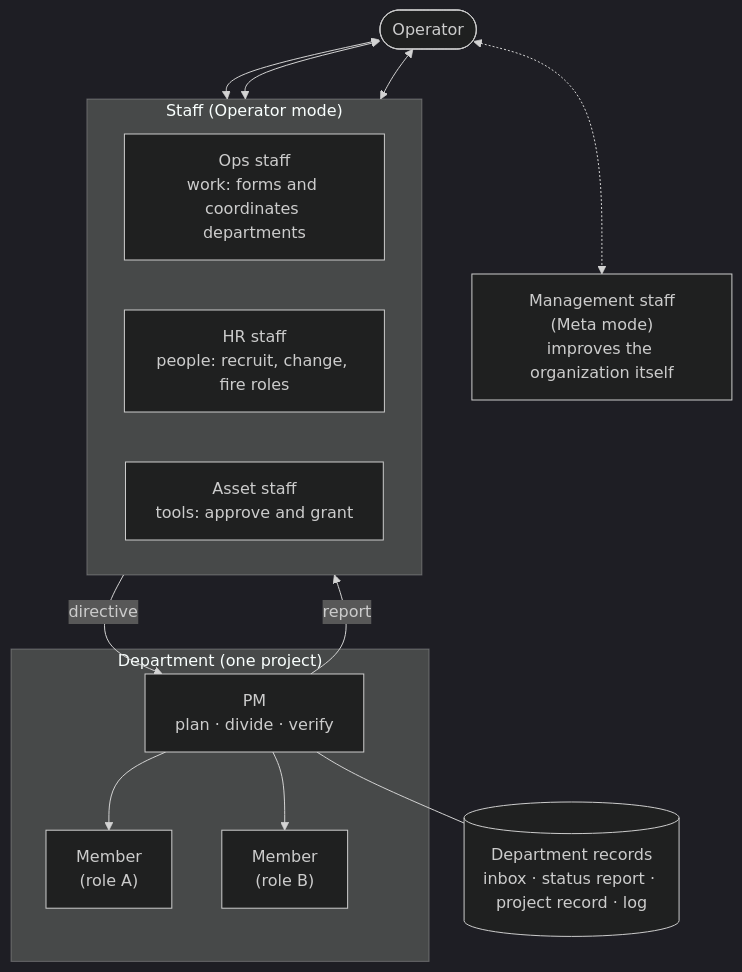
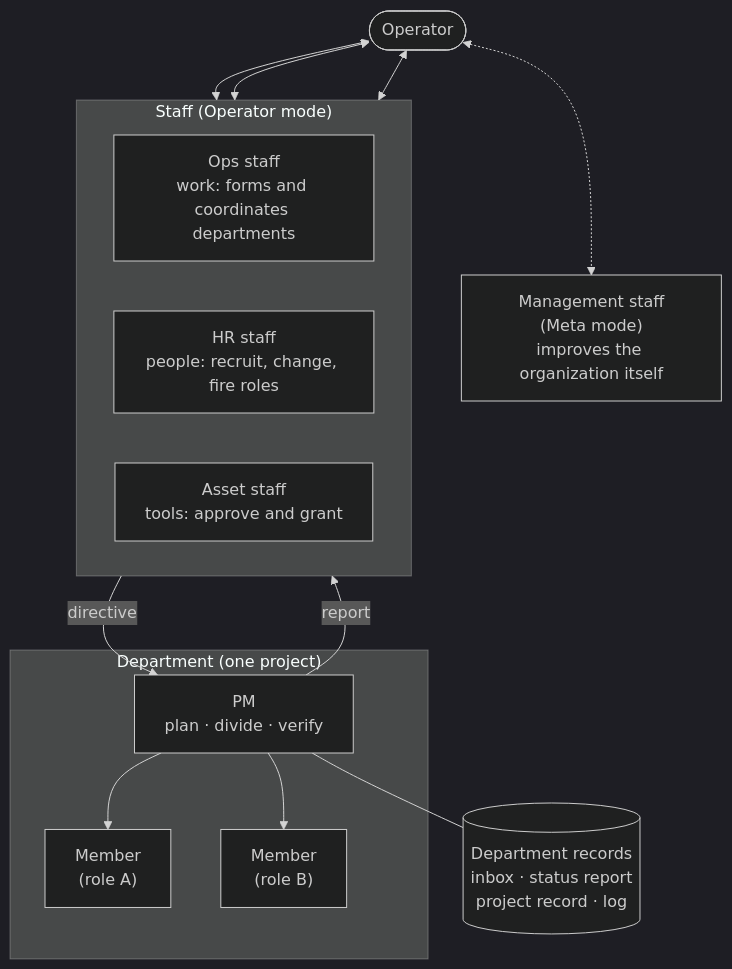
The diagram in docs/en/story/at-a-glance.md (Alex2006-KOR/aise-org-site), drawn with Mermaid (dark theme) before and after one commit. The commit also changed 77 other files, not shown here.

Commit message:
Figure 2-2 label breaks on purpose, figure 4-7 note follows the starter catalog; gate on the integrated tree

````diff
--- a/docs/en/story/at-a-glance.md
+++ b/docs/en/story/at-a-glance.md
@@ -118,26 +118,26 @@
 ```mermaid
 flowchart TB
   OP(["Operator"])
   subgraph STAFF["Staff (Operator mode)"]
     direction LR
     W["Ops staff<br/>work: forms and coordinates departments"]
     H["HR staff<br/>people: recruit, change, fire roles"]
     A["Asset staff<br/>tools: approve and grant"]
   end
   MG["Management staff<br/>(Meta mode)<br/>improves the organization itself"]
   subgraph DEPT["Department (one project)"]
     PM["PM<br/>plan · divide · verify"]
     M1["Member<br/>(role A)"]
     M2["Member<br/>(role B)"]
   end
-  REC[("Department records<br/>inbox · status report · project record · log")]
+  REC[("Department records<br/>inbox · status report<br/>project record · log")]
   OP <--> W
   OP <--> H
   OP <--> A
   OP <-.-> MG
   W -->|"directive"| PM
   PM -->|"report"| W
   PM --> M1
   PM --> M2
   PM --- REC
 ```
````
